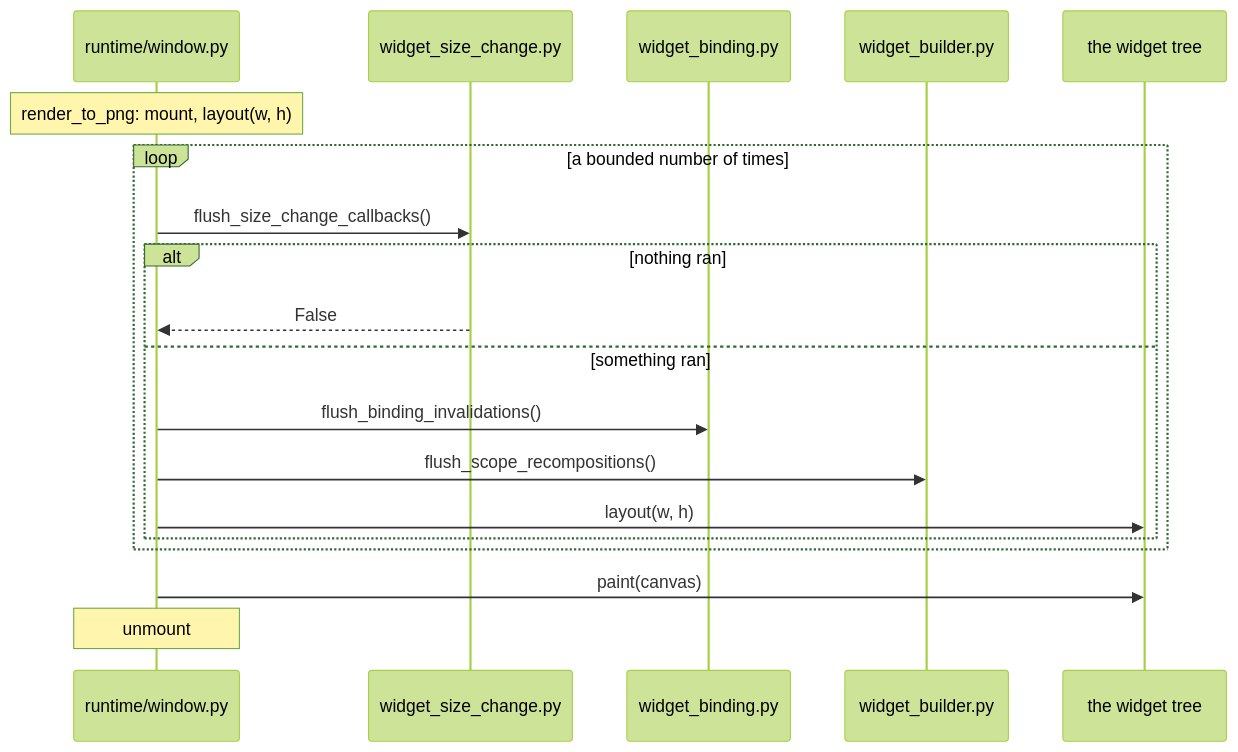
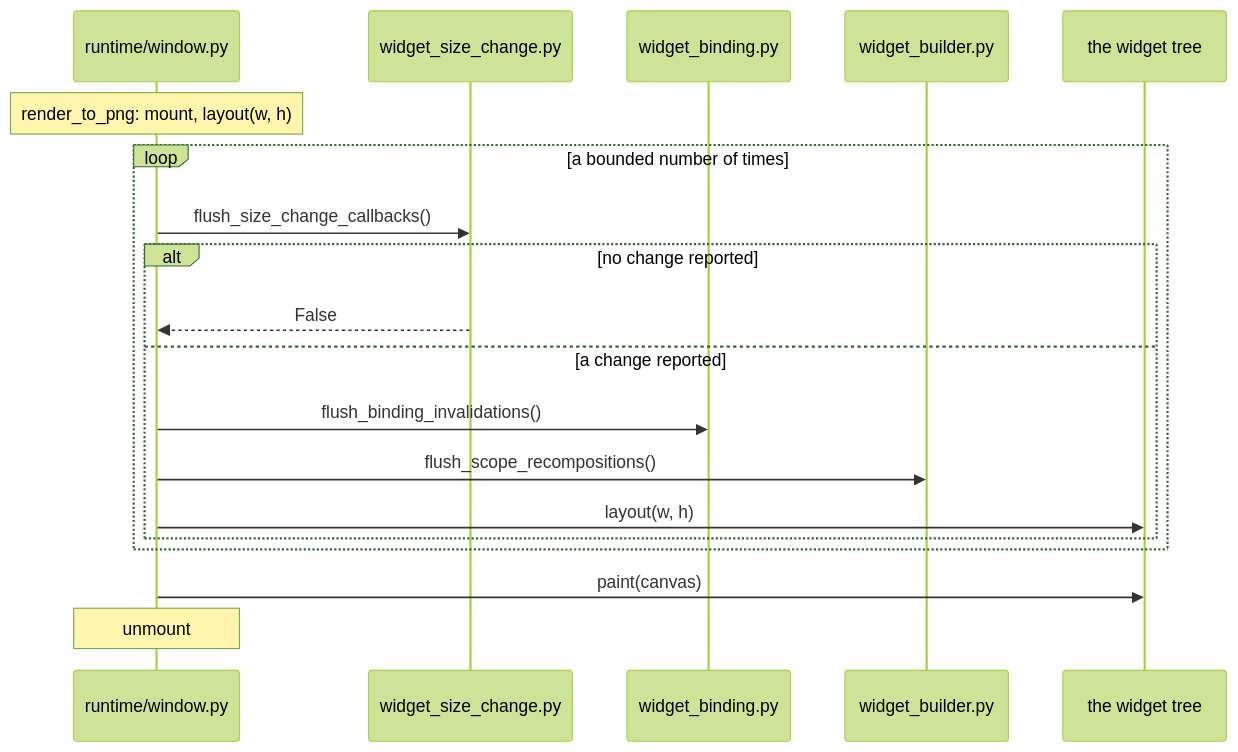
One commit to yuksblog/nuiitivet changed the seventh of 7 diagrams in docs/design/GEOMETRY.md. Above: the diagram before and after it, drawn with Mermaid (forest theme). The commit also changed other lines of this file and 5 other files, not shown here.

````diff
--- a/docs/design/GEOMETRY.md
+++ b/docs/design/GEOMETRY.md
@@ -208,22 +214,22 @@
 ```mermaid
 sequenceDiagram
     participant W as runtime/window.py
     participant Q as widget_size_change.py
     participant B as widget_binding.py
     participant R as widget_builder.py
     participant T as the widget tree
 
     Note over W: render_to_png: mount, layout(w, h)
     loop a bounded number of times
         W->>Q: flush_size_change_callbacks()
-        alt nothing ran
+        alt no change reported
             Q-->>W: False
-        else something ran
+        else a change reported
             W->>B: flush_binding_invalidations()
             W->>R: flush_scope_recompositions()
             W->>T: layout(w, h)
         end
     end
     W->>T: paint(canvas)
     Note over W: unmount
 ```
````
